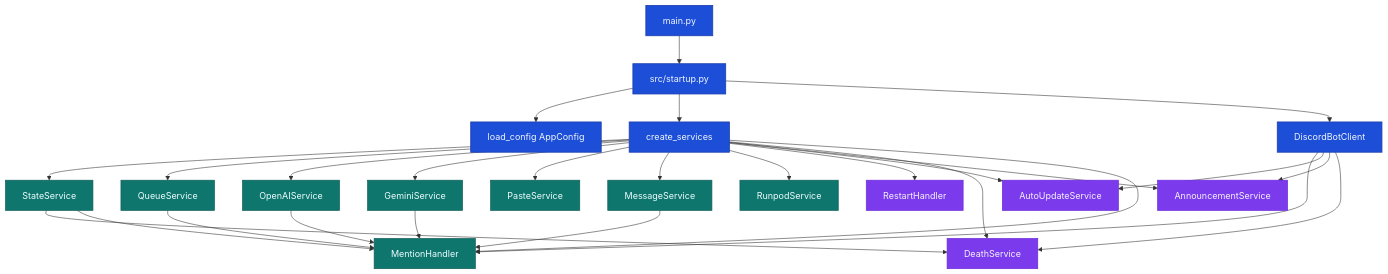
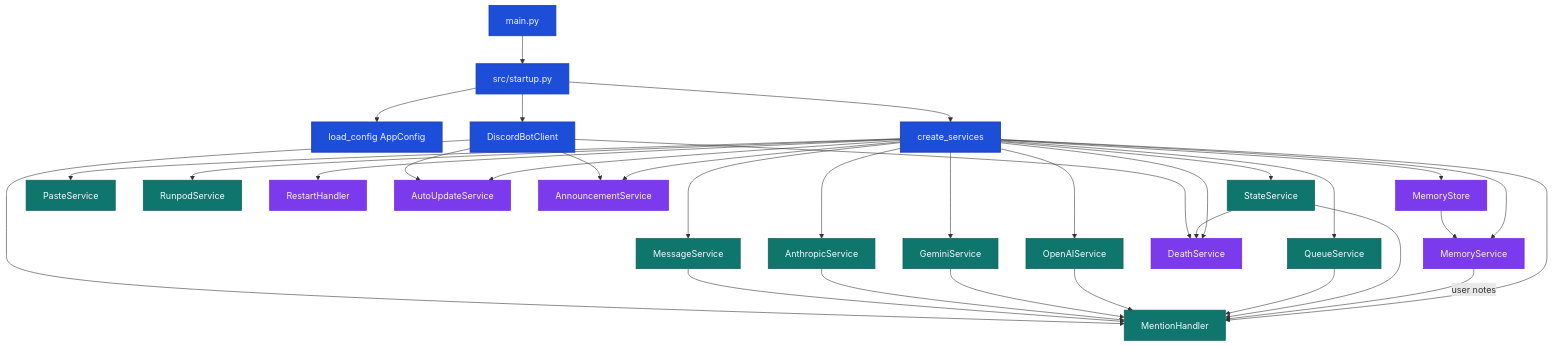
One commit to jobeus/cmwgpt changed the second of 5 diagrams in docs/architecture.md. Above: the diagram before and after it, drawn with Mermaid. The commit also changed other lines of this file and 149 other files, not shown here.

````diff
--- a/docs/architecture.md
+++ b/docs/architecture.md
@@ -95,41 +88,49 @@
 ```mermaid
 flowchart TB
     classDef core fill:#1d4ed8,color:#eff6ff,stroke:#1e40af,stroke-width:1.5px;
     classDef svc fill:#0f766e,color:#ecfeff,stroke:#115e59,stroke-width:1.2px;
     classDef aux fill:#7c3aed,color:#f5f3ff,stroke:#6d28d9,stroke-width:1.2px;
 
     Main[main.py]:::core --> Startup[src/startup.py]:::core
     Startup --> Config[load_config AppConfig]:::core
     Startup --> Factory[create_services]:::core
     Factory --> State[StateService]:::svc
     Factory --> Queue[QueueService]:::svc
     Factory --> OpenAI[OpenAIService]:::svc
     Factory --> Gemini[GeminiService]:::svc
+    Factory --> Anthropic[AnthropicService]:::svc
     Factory --> Paste[PasteService]:::svc
     Factory --> Message[MessageService]:::svc
     Factory --> Runpod[RunpodService]:::svc
     Factory --> Restart[RestartHandler]:::aux
     Factory --> AutoUpdate[AutoUpdateService]:::aux
     Factory --> Announce[AnnouncementService]:::aux
 
     Factory --> Death[DeathService]:::aux
+    Factory --> MemStore[MemoryStore]:::aux
+    Factory --> Memory[MemoryService]:::aux
     Factory --> Mention[MentionHandler]:::svc
+
+    MemStore --> Memory
+    Memory -->|user notes| Mention
 
 
     State --> Death
     State --> Mention
     Queue --> Mention
 
     OpenAI --> Mention
 
     Gemini --> Mention
 
+    Anthropic --> Mention
+
     Message --> Mention
 
     Startup --> Client[DiscordBotClient]:::core
     Client --> Mention
     Client --> AutoUpdate
     Client --> Announce
 
     Client --> Death
 ```
````
